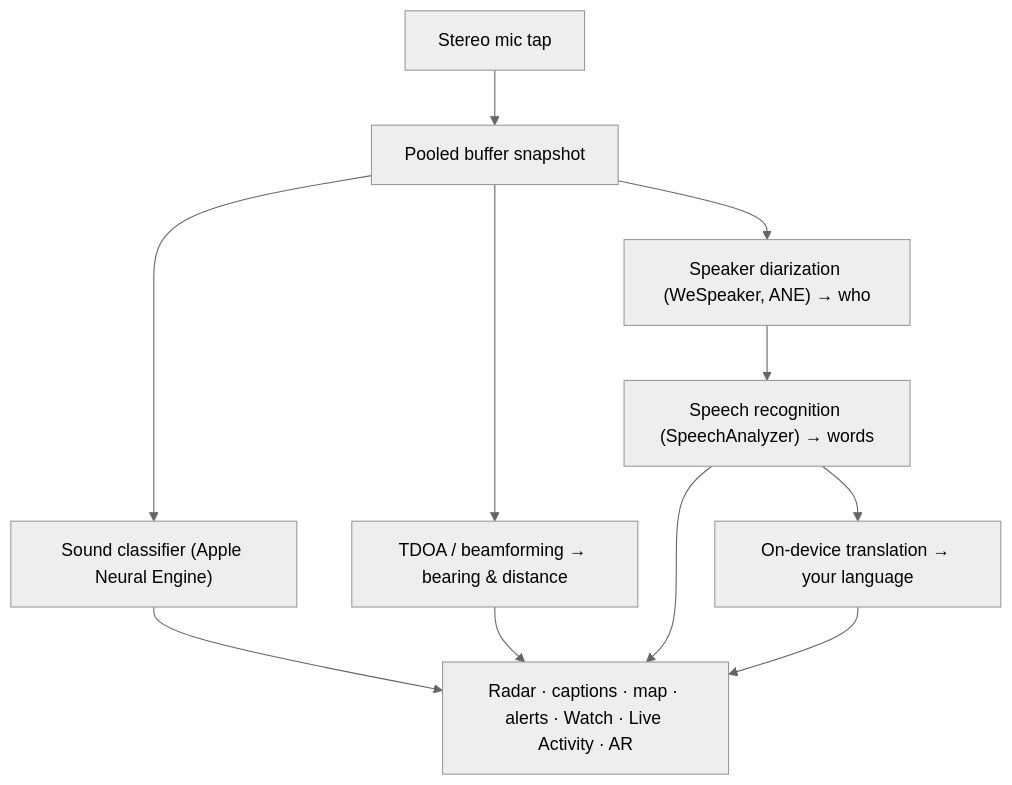
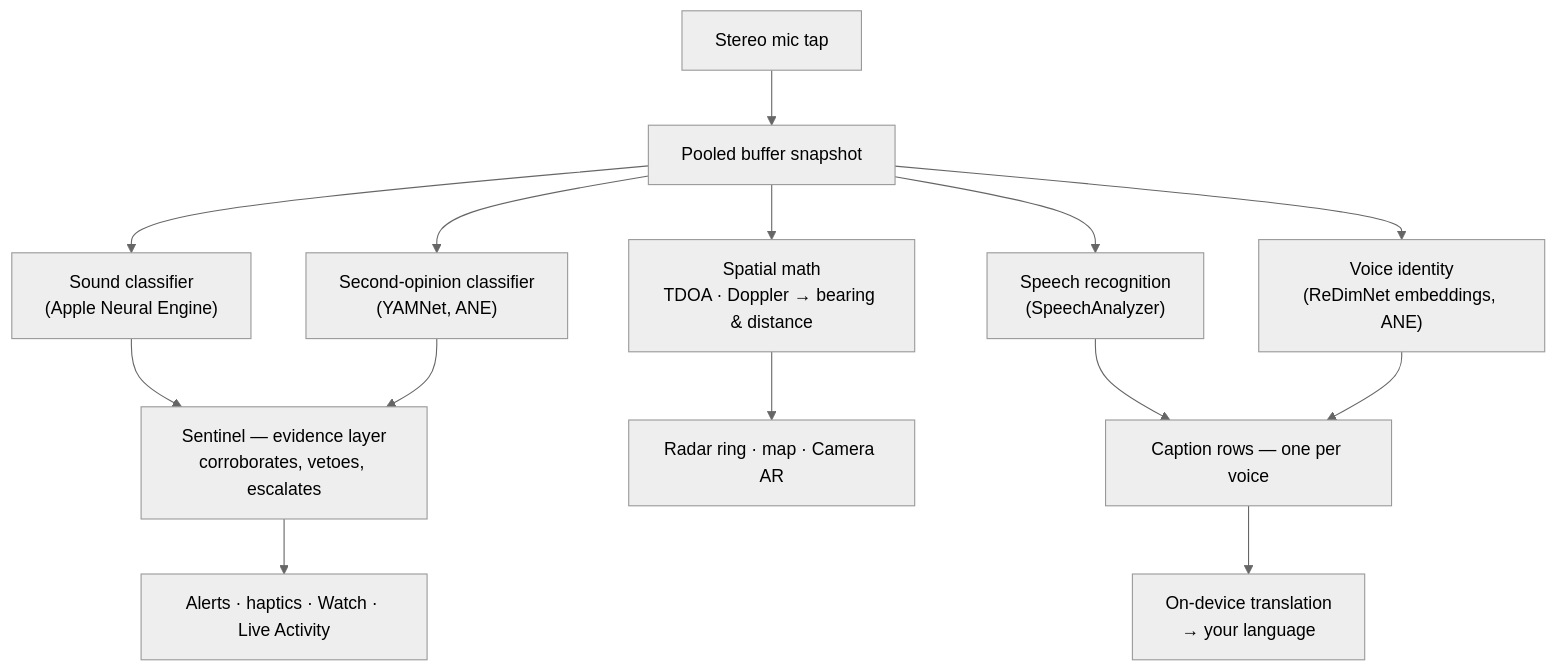
Before and after one commit to rpalm01-star/VigilantEarLegal: the second of 4 diagrams in README.md, drawn with Mermaid (neutral theme). The commit also changed other lines of this file and 22 other files, not shown here.

First line of the commit message:
Terms, Support, README refresh: weather cache, caption self-correction, real architecture.

````diff
--- a/README.md
+++ b/README.md
@@ -113,10 +117,16 @@
 ```mermaid
 graph TD
     A["Stereo mic tap"] --> B["Pooled buffer snapshot"]
-    B --> C["Sound classifier (Apple Neural Engine)"]
-    B --> D["TDOA / beamforming → bearing & distance"]
-    B --> E["Speaker diarization (WeSpeaker, ANE) → who"]
-    E --> F["Speech recognition (SpeechAnalyzer) → words"]
-    F --> G["On-device translation → your language"]
-    C & D & F & G --> H["Radar · captions · map · alerts · Watch · Live Activity · AR"]
+    B --> C["Sound classifier<br/>(Apple Neural Engine)"]
+    B --> Y["Second-opinion classifier<br/>(YAMNet, ANE)"]
+    C --> S["Sentinel — evidence layer<br/>corroborates, vetoes, escalates"]
+    Y --> S
+    S --> H["Alerts · haptics · Watch · Live Activity"]
+    B --> D["Spatial math<br/>TDOA · Doppler → bearing & distance"]
+    D --> R["Radar ring · map · Camera AR"]
+    B --> F["Speech recognition<br/>(SpeechAnalyzer)"]
+    B --> E["Voice identity<br/>(ReDimNet embeddings, ANE)"]
+    F --> G["Caption rows — one per voice"]
+    E --> G
+    G --> T["On-device translation<br/>→ your language"]
 ```
````
